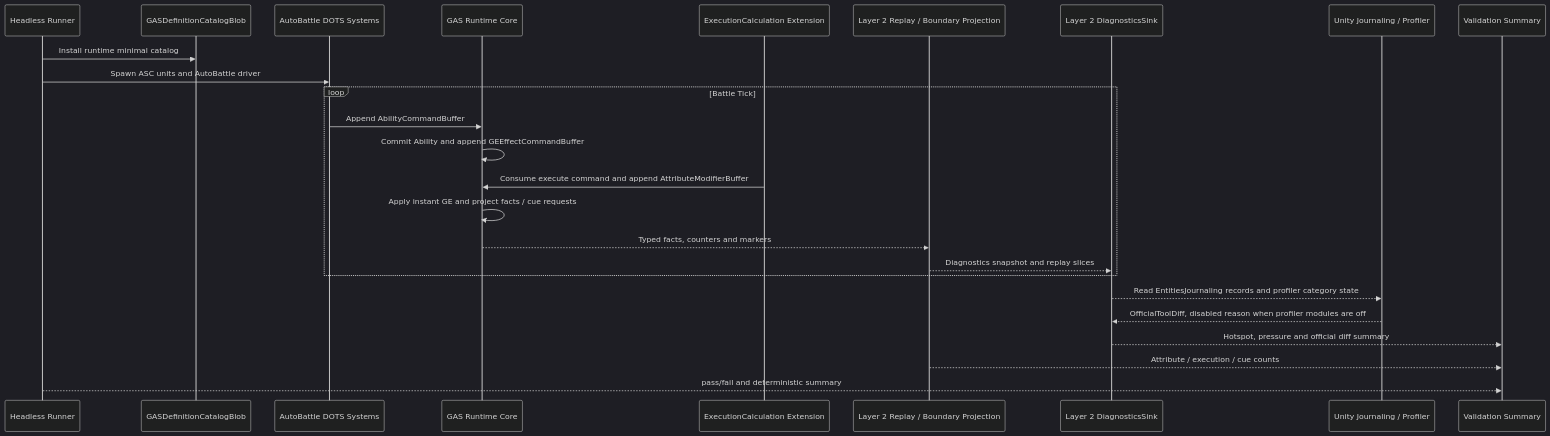
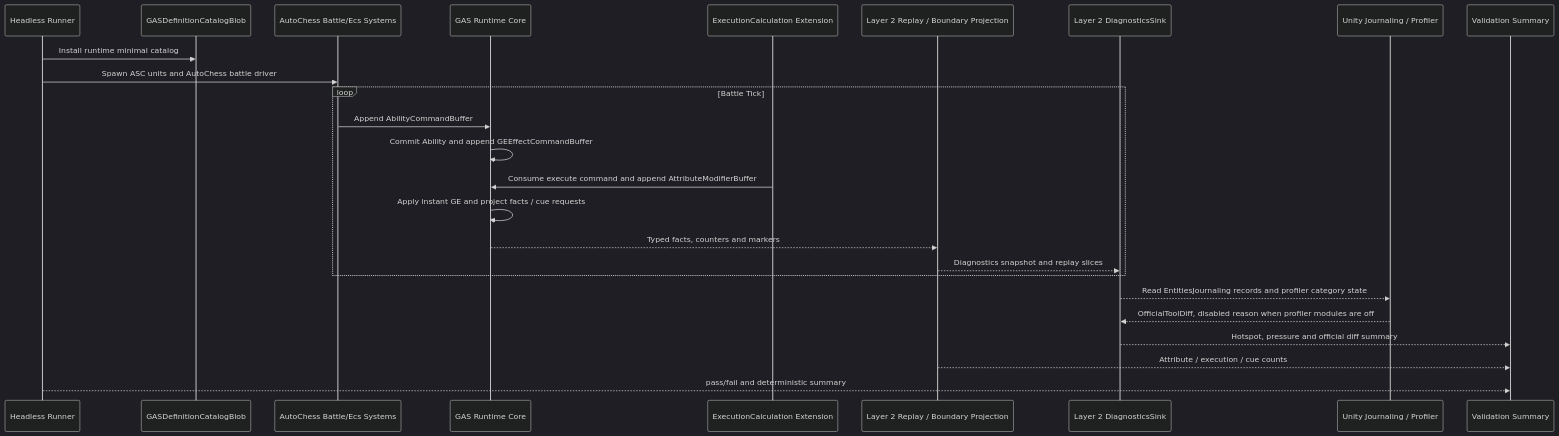
The second of 3 diagrams in 方案讨论/针对2.0的ECS架构的迭代方案讨论/01-目标态架构共识/10-AutoChess无头验收Spec.md (Bo-ki/gameplay-ability-system-for-unity), drawn with Mermaid (dark theme) before and after one commit. The commit also changed other lines of this file and 31 other files, not shown here.

Commit message:
docs: refresh GAS architecture facts

````diff
--- a/方案讨论/针对2.0的ECS架构的迭代方案讨论/01-目标态架构共识/10-AutoChess无头验收Spec.md
+++ b/方案讨论/针对2.0的ECS架构的迭代方案讨论/01-目标态架构共识/10-AutoChess无头验收Spec.md
@@ -352,28 +357,28 @@
 ```mermaid
 sequenceDiagram
     participant Runner as Headless Runner
     participant Catalog as GASDefinitionCatalogBlob
-    participant Sim as AutoBattle DOTS Systems
+    participant Sim as AutoChess Battle/Ecs Systems
     participant GAS as GAS Runtime Core
     participant Exec as ExecutionCalculation Extension
     participant Obs as Layer 2 Replay / Boundary Projection
     participant Debug as Layer 2 DiagnosticsSink
     participant Unity as Unity Journaling / Profiler
     participant Report as Validation Summary
 
     Runner->>Catalog: Install runtime minimal catalog
-    Runner->>Sim: Spawn ASC units and AutoBattle driver
+    Runner->>Sim: Spawn ASC units and AutoChess battle driver
     loop Battle Tick
         Sim->>GAS: Append AbilityCommandBuffer
         GAS->>GAS: Commit Ability and append GEEffectCommandBuffer
         Exec->>GAS: Consume execute command and append AttributeModifierBuffer
         GAS->>GAS: Apply instant GE and project facts / cue requests
         GAS-->>Obs: Typed facts, counters and markers
         Obs-->>Debug: Diagnostics snapshot and replay slices
     end
     Debug-->>Unity: Read EntitiesJournaling records and profiler category state
     Unity-->>Debug: OfficialToolDiff, disabled reason when profiler modules are off
     Debug-->>Report: Hotspot, pressure and official diff summary
     Obs-->>Report: Attribute / execution / cue counts
     Runner-->>Report: pass/fail and deterministic summary
 ```
````
